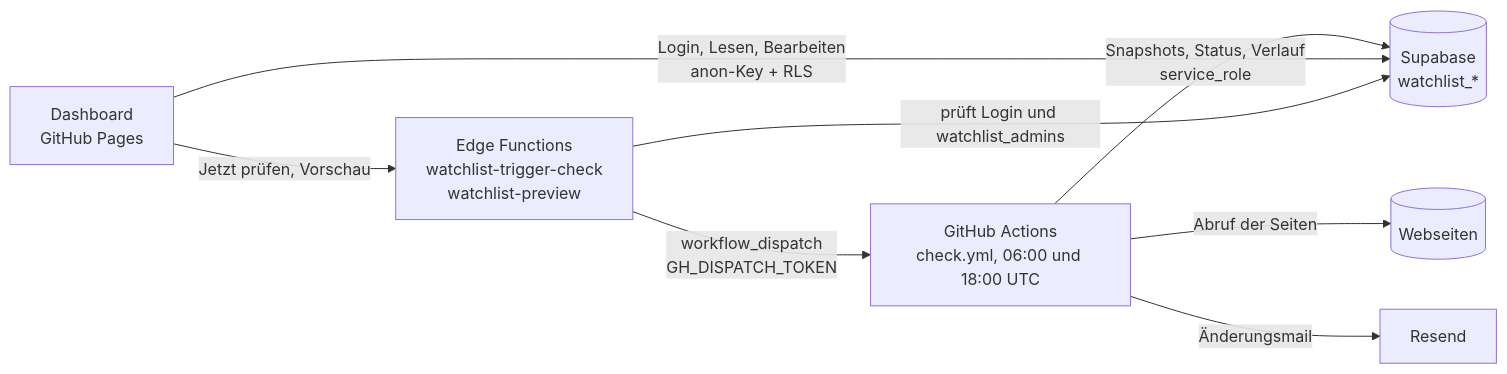
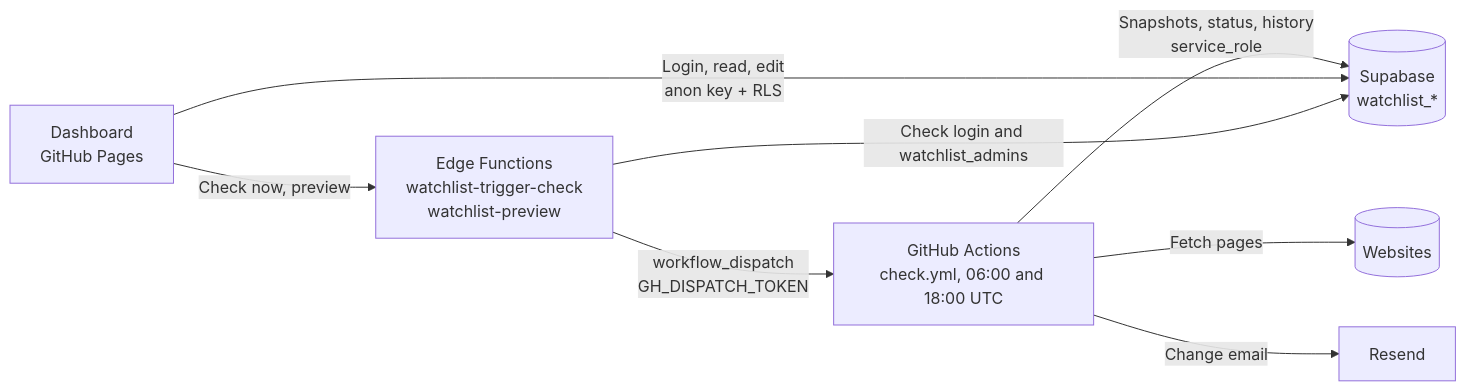
Before and after one commit to jhoelzl/watchlist: the diagram in README.md, drawn with Mermaid. The commit also changed other lines of this file and 55 other files, not shown here.

````diff
--- a/README.md
+++ b/README.md
@@ -10,10 +10,10 @@
 ```mermaid
 flowchart LR
-    A[GitHub Actions<br/>check.yml, 06:00 und 18:00 UTC] -->|Abruf der Seiten| W[(Webseiten)]
-    A -->|Snapshots, Status, Verlauf<br/>service_role| S[(Supabase<br/>watchlist_*)]
-    A -->|Änderungsmail| R[Resend]
-    D[Dashboard<br/>GitHub Pages] -->|Login, Lesen, Bearbeiten<br/>anon-Key + RLS| S
-    D -->|Jetzt prüfen, Vorschau| E[Edge Functions<br/>watchlist-trigger-check<br/>watchlist-preview]
+    A[GitHub Actions<br/>check.yml, 06:00 and 18:00 UTC] -->|Fetch pages| W[(Websites)]
+    A -->|Snapshots, status, history<br/>service_role| S[(Supabase<br/>watchlist_*)]
+    A -->|Change email| R[Resend]
+    D[Dashboard<br/>GitHub Pages] -->|Login, read, edit<br/>anon key + RLS| S
+    D -->|Check now, preview| E[Edge Functions<br/>watchlist-trigger-check<br/>watchlist-preview]
     E -->|workflow_dispatch<br/>GH_DISPATCH_TOKEN| A
-    E -->|prüft Login und watchlist_admins| S
+    E -->|Check login and watchlist_admins| S
 ```
````
